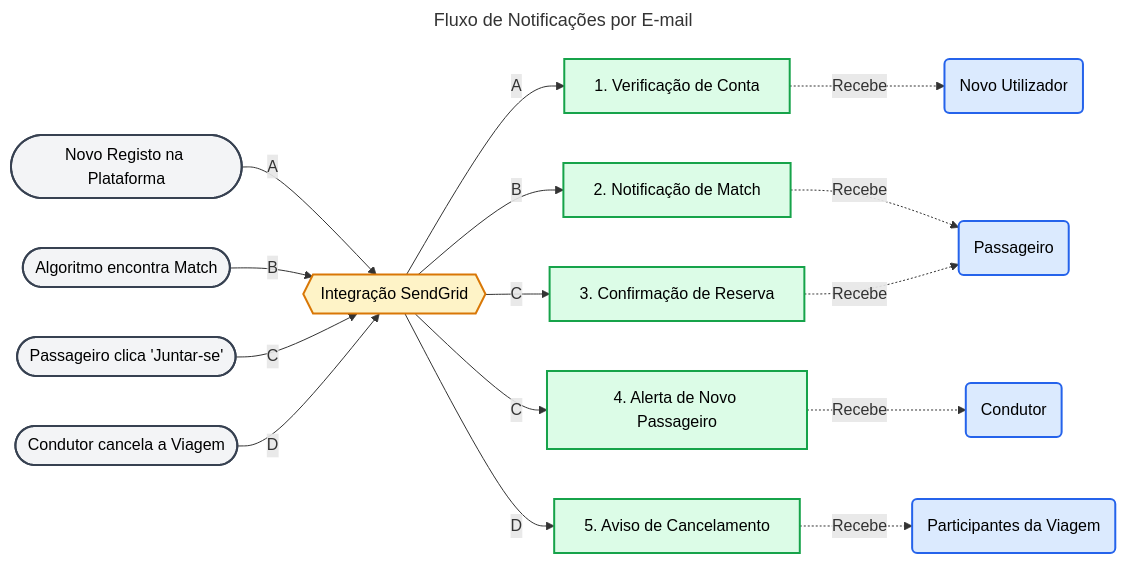
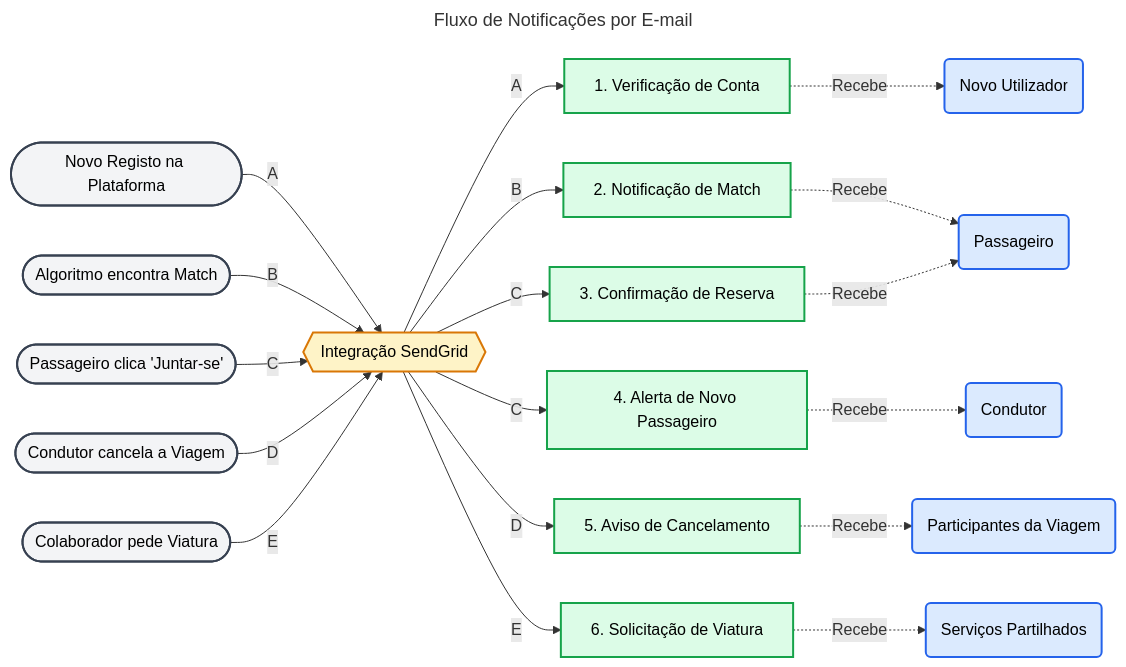
The diagram in Documentation/fluxo-email.md (joaosantos1231209/Road-Buddies), drawn with Mermaid before and after one commit. The commit also changed 14 other files, not shown here.

Commit message:
Acrescentado Viatura e Solicitação de Viatura

````diff
--- a/Documentation/fluxo-email.md
+++ b/Documentation/fluxo-email.md
@@ -1,54 +1,61 @@
 ```mermaid
 ---
 title: Fluxo de Notificações por E-mail
 ---
 graph LR
     %% 1. ESTILOS
     classDef gatilho fill:#f3f4f6,stroke:#374151,stroke-width:2px,color:#000
     classDef api fill:#fef3c7,stroke:#d97706,stroke-width:2px,color:#000
     classDef email fill:#dcfce7,stroke:#16a34a,stroke-width:2px,color:#000
     classDef user fill:#dbeafe,stroke:#2563eb,stroke-width:2px,color:#000
 
     %% 2. GATILHOS (O que acontece na App)
     G1([Novo Registo na Plataforma])
     G2([Algoritmo encontra Match])
     G3([Passageiro clica 'Juntar-se'])
     G4([Condutor cancela a Viagem])
+    G5([Colaborador pede Viatura])
 
     %% 3. MOTOR
     API{{Integração SendGrid}}
 
     %% 4. TIPOS DE E-MAIL
     M1[1. Verificação de Conta]
     M2[2. Notificação de Match]
     M3[3. Confirmação de Reserva]
     M4[4. Alerta de Novo Passageiro]
     M5[5. Aviso de Cancelamento]
+    M6[6. Solicitação de Viatura]
 
     %% 5. DESTINATÁRIOS
     U1(Novo Utilizador)
     U2(Passageiro)
     U3(Condutor)
     U4(Participantes da Viagem)
+    U5(Serviços Partilhados)
 
-    %% 6. O FLUXO LÓGICO COM IDENTIFICADORES (A, B, C, D)
+    %% 6. O FLUXO LÓGICO COM IDENTIFICADORES (A, B, C, D, E)
     G1 -->|A| API
     API -->|A| M1 -.->|Recebe| U1
     
     G2 -->|B| API
     API -->|B| M2 -.->|Recebe| U2
     
     %% O fluxo C divide-se em dois e-mails
     G3 -->|C| API
     API -->|C| M3 -.->|Recebe| U2
     API -->|C| M4 -.->|Recebe| U3
     
     G4 -->|D| API
     API -->|D| M5 -.->|Recebe| U4
+    
+    %% O novo fluxo E
+    G5 -->|E| API
+    API -->|E| M6 -.->|Recebe| U5
 
     %% 7. APLICAR CORES
-    class G1,G2,G3,G4 gatilho;
+    class G1,G2,G3,G4,G5 gatilho;
     class API api;
-    class M1,M2,M3,M4,M5 email;
-    class U1,U2,U3,U4 user;
+    class M1,M2,M3,M4,M5,M6 email;
+    class U1,U2,U3,U4,U5 user;
 ```
````
